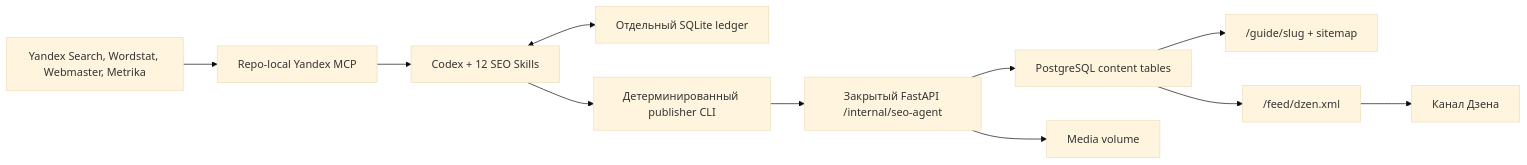
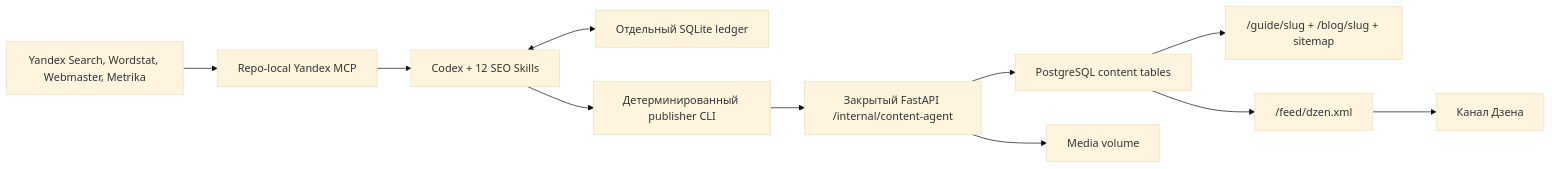
Before and after one commit to pyro17ai/vedicway: the diagram in docs/SEO_AGENT_PRODUCTION_RU.md, drawn with Mermaid (base theme). The commit also changed other lines of this file and 1092 other files, not shown here.

Commit message:
feat: add code-owned astrology guide and blog

````diff
--- a/docs/SEO_AGENT_PRODUCTION_RU.md
+++ b/docs/SEO_AGENT_PRODUCTION_RU.md
@@ -34,13 +34,13 @@
 ```mermaid
 flowchart LR
     Y["Yandex Search, Wordstat, Webmaster, Metrika"] --> S["Repo-local Yandex MCP"]
     S --> C["Codex + 12 SEO Skills"]
     C <--> L["Отдельный SQLite ledger"]
     C --> P["Детерминированный publisher CLI"]
-    P --> A["Закрытый FastAPI /internal/seo-agent"]
+    P --> A["Закрытый FastAPI /internal/content-agent"]
     A --> DB["PostgreSQL content tables"]
     A --> M["Media volume"]
-    DB --> H["/guide/slug + sitemap"]
+    DB --> H["/guide/slug + /blog/slug + sitemap"]
     DB --> R["/feed/dzen.xml"]
     R --> D["Канал Дзена"]
 ```
````
